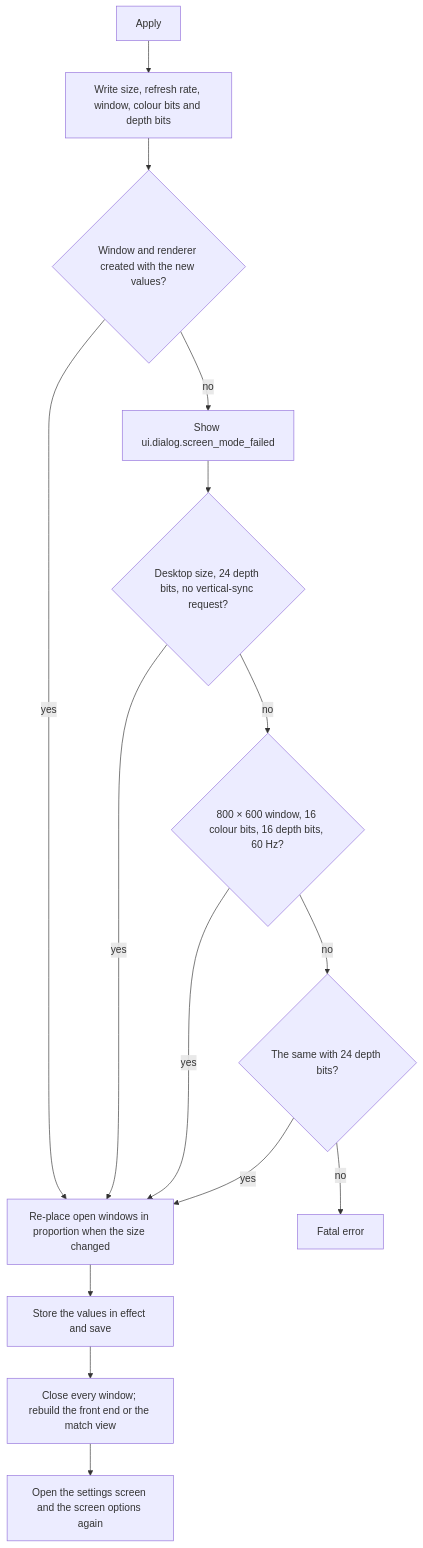
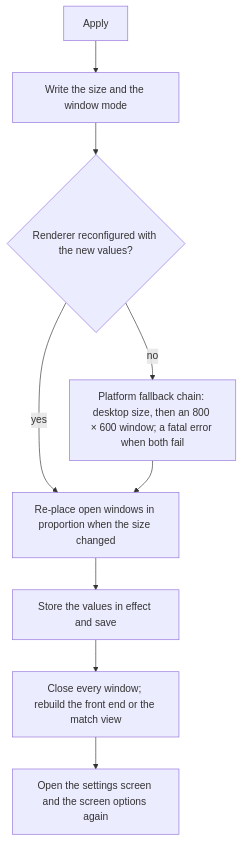
The third of 6 diagrams in design_next/reference/09_front_end_and_match_flow/options_localisation_and_hooks.md (Zwaliebaba/Species.AI), drawn with Mermaid before and after one commit. The commit also changed other lines of this file and 50 other files, not shown here.

````diff
--- a/design_next/reference/09_front_end_and_match_flow/options_localisation_and_hooks.md
+++ b/design_next/reference/09_front_end_and_match_flow/options_localisation_and_hooks.md
@@ -456,17 +455,11 @@
 ```mermaid
 flowchart TD
-    A["Apply"] --> B["Write size, refresh rate, window, colour bits and depth bits"]
-    B --> C{"Window and renderer created with the new values?"}
+    A["Apply"] --> B["Write the size and the window mode"]
+    B --> C{"Renderer reconfigured with the new values?"}
     C -- "yes" --> P["Re-place open windows in proportion when the size changed"]
-    C -- "no" --> M["Show ui.dialog.screen_mode_failed"]
-    M --> R1{"Desktop size, 24 depth bits, no vertical-sync request?"}
-    R1 -- "yes" --> P
-    R1 -- "no" --> R2{"800 × 600 window, 16 colour bits, 16 depth bits, 60 Hz?"}
-    R2 -- "yes" --> P
-    R2 -- "no" --> R3{"The same with 24 depth bits?"}
-    R3 -- "yes" --> P
-    R3 -- "no" --> X["Fatal error"]
+    C -- "no" --> F["Platform fallback chain: desktop size, then an 800 × 600 window; a fatal error when both fail"]
+    F --> P
     P --> S["Store the values in effect and save"]
     S --> W["Close every window; rebuild the front end or the match view"]
     W --> O["Open the settings screen and the screen options again"]
 ```
````
